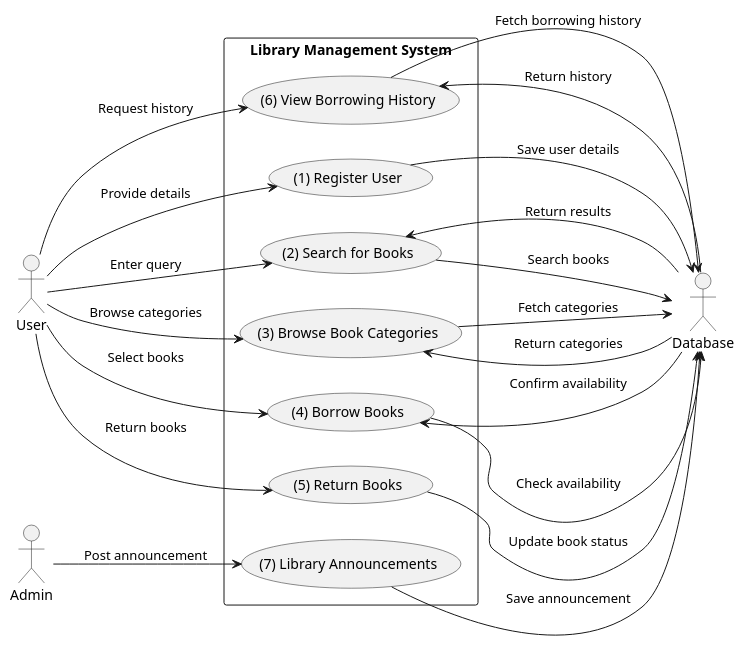
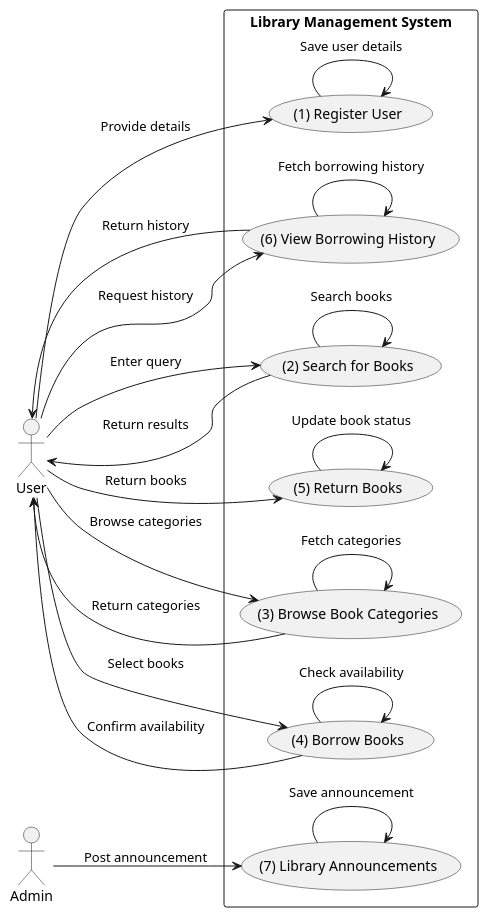
One commit to mernaahmed2020/LibraryOO changed the diagram in docs/Use cases/library system.puml. Above: the diagram before and after it, drawn with PlantUML. The commit also changed other lines of this file, not shown here.

Commit message:
Update library system.puml

```diff
--- a/docs/Use cases/library system.puml
+++ b/docs/Use cases/library system.puml
@@ -1,43 +1,42 @@
 @startuml
 left to right direction
 
 actor User
 actor Admin
-actor Database
 
 rectangle "Library Management System" {
     usecase "(1) Register User" as UC1
     usecase "(2) Search for Books" as UC2
     usecase "(3) Browse Book Categories" as UC3
     usecase "(4) Borrow Books" as UC4
     usecase "(5) Return Books" as UC5
     usecase "(6) View Borrowing History" as UC6
     usecase "(7) Library Announcements" as UC7
 }
 
 User --> UC1 : "Provide details"
-UC1 --> Database : "Save user details"
+UC1 --> UC1 : "Save user details"
 
 User --> UC2 : "Enter query"
-UC2 --> Database : "Search books"
-Database --> UC2 : "Return results"
+UC2 --> UC2 : "Search books"
+UC2 --> User : "Return results"
 
 User --> UC3 : "Browse categories"
-UC3 --> Database : "Fetch categories"
-Database --> UC3 : "Return categories"
+UC3 --> UC3 : "Fetch categories"
+UC3 --> User : "Return categories"
 
 User --> UC4 : "Select books"
-UC4 --> Database : "Check availability"
-Database --> UC4 : "Confirm availability"
+UC4 --> UC4 : "Check availability"
+UC4 --> User : "Confirm availability"
 
 User --> UC5 : "Return books"
-UC5 --> Database : "Update book status"
+UC5 --> UC5 : "Update book status"
 
 User --> UC6 : "Request history"
-UC6 --> Database : "Fetch borrowing history"
-Database --> UC6 : "Return history"
+UC6 --> UC6 : "Fetch borrowing history"
+UC6 --> User : "Return history"
 
 Admin --> UC7 : "Post announcement"
-UC7 --> Database : "Save announcement"
+UC7 --> UC7 : "Save announcement"
 
 @enduml
```
